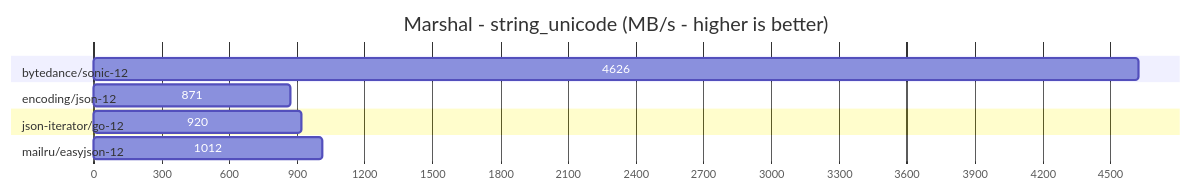
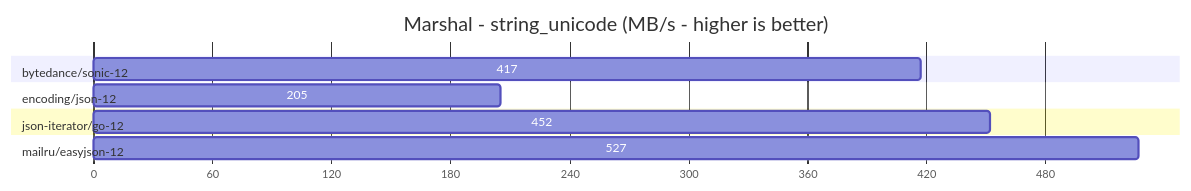
One commit to compashka/json-benchmarks changed the fourth of 12 diagrams in README.md. Above: the diagram before and after it, drawn with Mermaid. The commit also changed other lines of this file and 23 other files, not shown here.

````diff
--- a/README.md
+++ b/README.md
@@ -59,15 +69,15 @@
 ```mermaid
 gantt
 title Marshal - string_unicode (MB/s - higher is better)
 dateFormat X
 axisFormat %s
 
 section bytedance/sonic-12        
-4626 :0, 4626
+417:0,417
 section encoding/json-12          
-871 :0, 871
+205:0,205
 section json-iterator/go-12       
-920 :0, 920
+452:0,452
 section mailru/easyjson-12        
-1012 :0, 1012
+527:0,527
 ```
````
